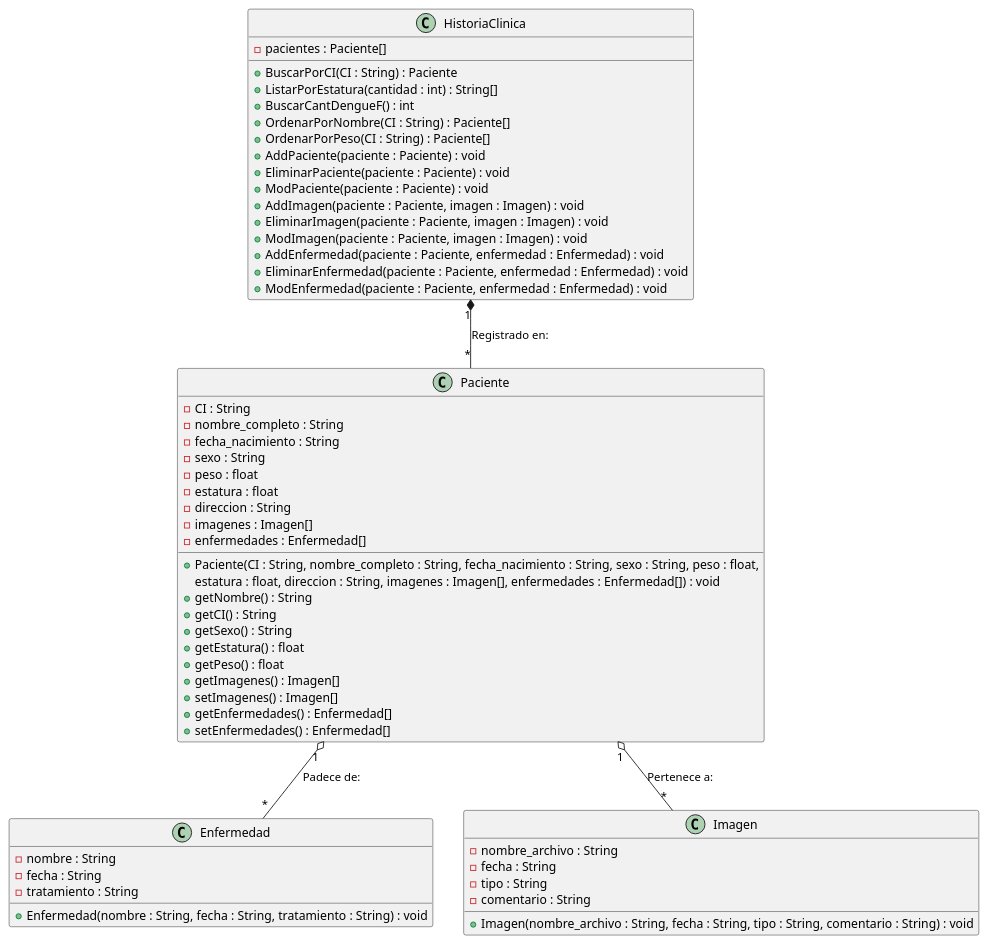
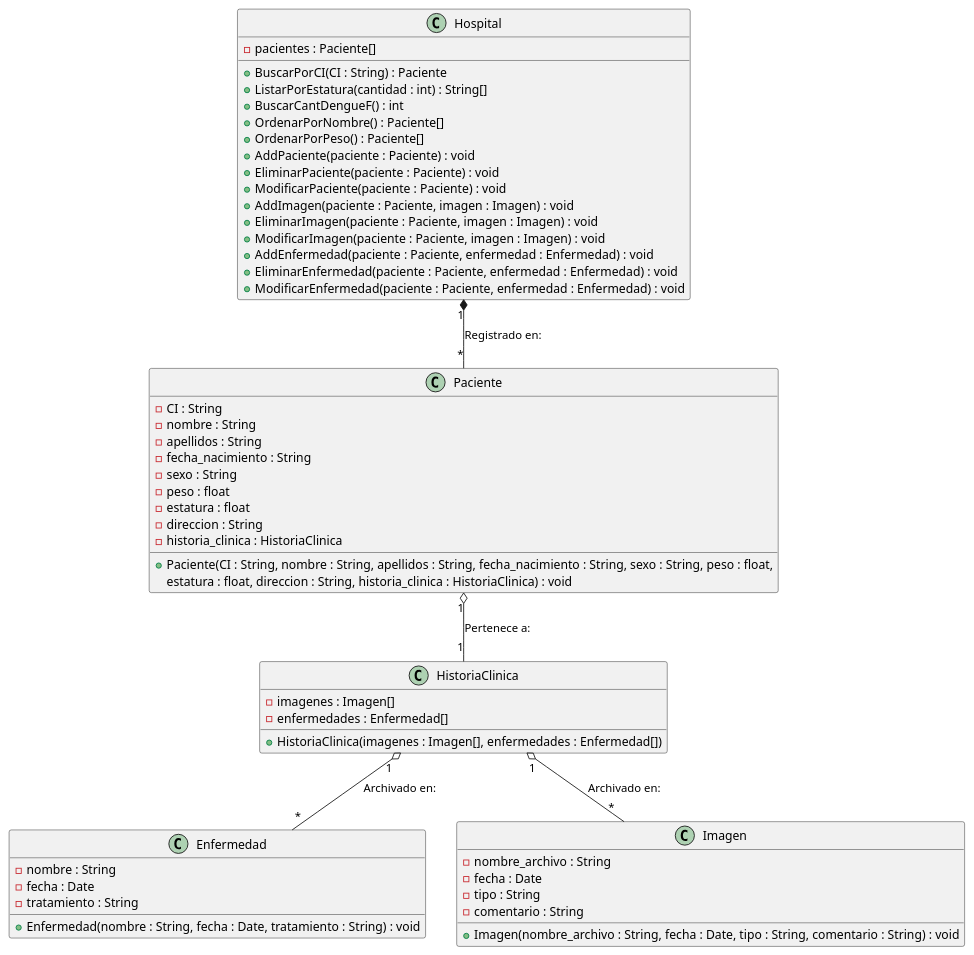
One commit to Jasn2002/UML changed the diagram in HistoriaClinica.wsd. Above: the diagram before and after it, drawn with PlantUML. The commit also changed 1 other file, not shown here.

Commit message:
Changes to be committed: 	modified:   BancoDeSangre.wsd 	modified:   HistoriaClinica.wsd

```diff
--- a/HistoriaClinica.wsd
+++ b/HistoriaClinica.wsd
@@ -1,64 +1,63 @@
 @startuml HistoriaClinica
-class HistoriaClinica {
+class Hospital {
     - pacientes : Paciente[]
     + BuscarPorCI(CI : String) : Paciente
     + ListarPorEstatura(cantidad : int) : String[]
     + BuscarCantDengueF() : int
-    + OrdenarPorNombre(CI : String) : Paciente[]
-    + OrdenarPorPeso(CI : String) : Paciente[]
+    + OrdenarPorNombre() : Paciente[]
+    + OrdenarPorPeso() : Paciente[]
     + AddPaciente(paciente : Paciente) : void
     + EliminarPaciente(paciente : Paciente) : void
-    + ModPaciente(paciente : Paciente) : void
+    + ModificarPaciente(paciente : Paciente) : void
     + AddImagen(paciente : Paciente, imagen : Imagen) : void
     + EliminarImagen(paciente : Paciente, imagen : Imagen) : void
-    + ModImagen(paciente : Paciente, imagen : Imagen) : void
+    + ModificarImagen(paciente : Paciente, imagen : Imagen) : void
     + AddEnfermedad(paciente : Paciente, enfermedad : Enfermedad) : void
     + EliminarEnfermedad(paciente : Paciente, enfermedad : Enfermedad) : void
-    + ModEnfermedad(paciente : Paciente, enfermedad : Enfermedad) : void
+    + ModificarEnfermedad(paciente : Paciente, enfermedad : Enfermedad) : void
 }
 
 class Paciente{
     - CI : String
-    - nombre_completo : String
+    - nombre : String
+    - apellidos : String
     - fecha_nacimiento : String
     - sexo : String
     - peso : float
     - estatura : float
     - direccion : String
+    - historia_clinica : HistoriaClinica
+
+    + Paciente(CI : String, nombre : String, apellidos : String, fecha_nacimiento : String, sexo : String, peso : float,
+    estatura : float, direccion : String, historia_clinica : HistoriaClinica) : void
+}
+
+class HistoriaClinica{
     - imagenes : Imagen[]
     - enfermedades : Enfermedad[]
-
-    + Paciente(CI : String, nombre_completo : String, fecha_nacimiento : String, sexo : String, peso : float,
-    estatura : float, direccion : String, imagenes : Imagen[], enfermedades : Enfermedad[]) : void
-    + getNombre() : String
-    + getCI() : String
-    + getSexo() : String
-    + getEstatura() : float
-    + getPeso() : float
-    + getImagenes() : Imagen[]
-    + setImagenes() : Imagen[]
-    + getEnfermedades() : Enfermedad[]
-    + setEnfermedades() : Enfermedad[]
+    
+    + HistoriaClinica(imagenes : Imagen[], enfermedades : Enfermedad[])
 }
 
 class Enfermedad{
     - nombre : String
-    - fecha : String
+    - fecha : Date
     - tratamiento : String
 
-    + Enfermedad(nombre : String, fecha : String, tratamiento : String) : void
+    + Enfermedad(nombre : String, fecha : Date, tratamiento : String) : void
 }
 
 class Imagen{
     - nombre_archivo : String
-    - fecha : String
+    - fecha : Date
     - tipo : String
     - comentario : String
 
-    + Imagen(nombre_archivo : String, fecha : String, tipo : String, comentario : String) : void
+    + Imagen(nombre_archivo : String, fecha : Date, tipo : String, comentario : String) : void
 }
 
-HistoriaClinica "1" *-- "*" Paciente : Registrado en:
-Paciente "1" o-- "*" Enfermedad : Padece de:
-Paciente "1" o--  "*" Imagen : Pertenece a:
+Hospital "1" *-- "*" Paciente : Registrado en:
+Paciente "1" o-- "1" HistoriaClinica : Pertenece a:
+HistoriaClinica "1" o--  "*" Imagen : Archivado en:
+HistoriaClinica "1" o--  "*" Enfermedad : Archivado en:
 @enduml
```
